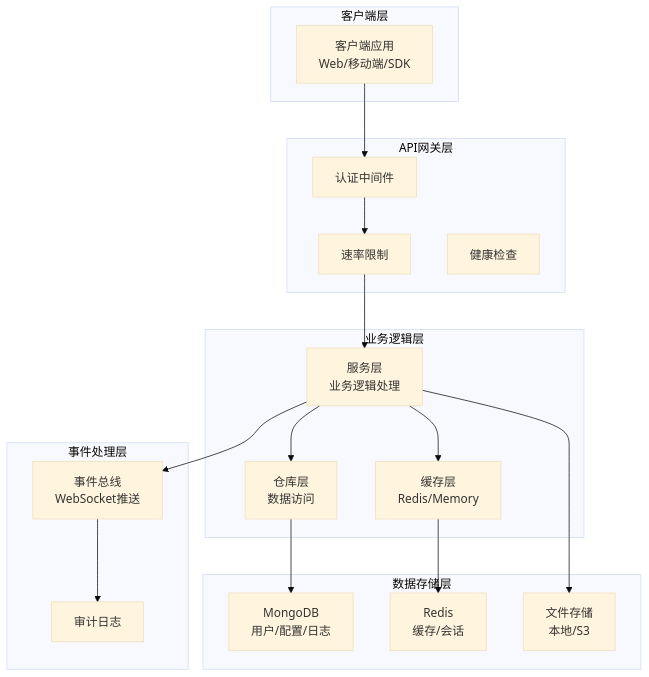
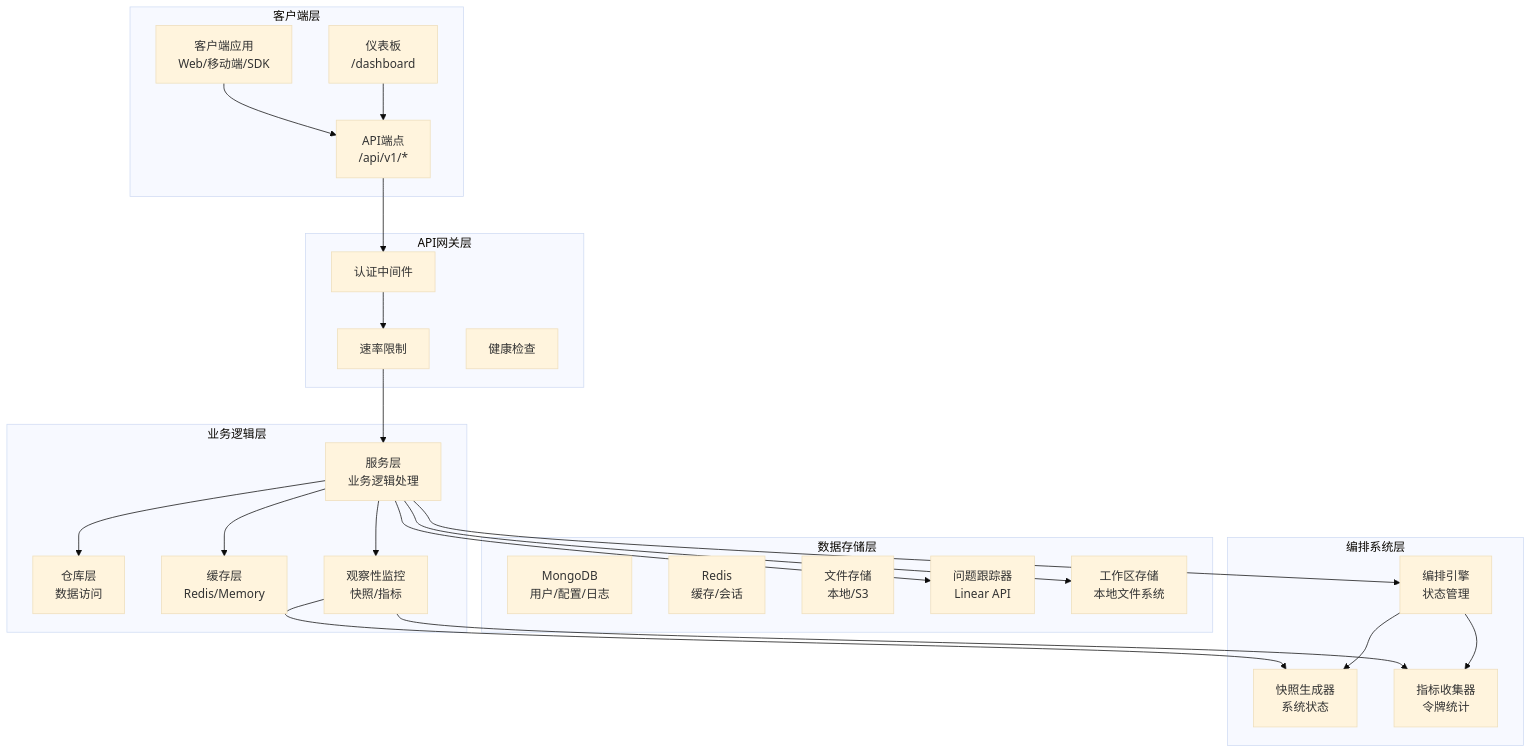
The second of 11 diagrams in .qoder/repowiki/zh/content/API参考文档/API参考文档.md (xinetzone/tao), drawn with Mermaid (base theme) before and after one commit. The commit also changed other lines of this file and 5 other files, not shown here.

````diff
--- a/.qoder/repowiki/zh/content/API参考文档/API参考文档.md
+++ b/.qoder/repowiki/zh/content/API参考文档/API参考文档.md
@@ -151,35 +190,46 @@
 ```mermaid
 graph TB
 subgraph "客户端层"
 CLIENT["客户端应用<br/>Web/移动端/SDK"]
+ENDPOINT["API端点<br/>/api/v1/*"]
+DASHBOARD["仪表板<br/>/dashboard"]
 end
 subgraph "API网关层"
 AUTH["认证中间件"]
 RATE_LIMIT["速率限制"]
 HEALTH["健康检查"]
 end
 subgraph "业务逻辑层"
 SERVICES["服务层<br/>业务逻辑处理"]
 REPOSITORIES["仓库层<br/>数据访问"]
 CACHE["缓存层<br/>Redis/Memory"]
+OBSERVABILITY["观察性监控<br/>快照/指标"]
 end
 subgraph "数据存储层"
 MONGO["MongoDB<br/>用户/配置/日志"]
 REDIS["Redis<br/>缓存/会话"]
 STORAGE["文件存储<br/>本地/S3"]
+TRACKER["问题跟踪器<br/>Linear API"]
+WORKSPACE["工作区存储<br/>本地文件系统"]
 end
-subgraph "事件处理层"
-EVENTS["事件总线<br/>WebSocket推送"]
-AUDIT["审计日志"]
+subgraph "编排系统层"
+ORCHESTRATOR["编排引擎<br/>状态管理"]
+SNAPSHOT["快照生成器<br/>系统状态"]
+METRICS["指标收集器<br/>令牌统计"]
 end
-CLIENT --> AUTH
+CLIENT --> ENDPOINT
+DASHBOARD --> ENDPOINT
+ENDPOINT --> AUTH
 AUTH --> RATE_LIMIT
 RATE_LIMIT --> SERVICES
 SERVICES --> REPOSITORIES
 SERVICES --> CACHE
-REPOSITORIES --> MONGO
-CACHE --> REDIS
-SERVICES --> STORAGE
-SERVICES --> EVENTS
-EVENTS --> AUDIT
+SERVICES --> OBSERVABILITY
+OBSERVABILITY --> SNAPSHOT
+OBSERVABILITY --> METRICS
+SERVICES --> TRACKER
+SERVICES --> WORKSPACE
+SERVICES --> ORCHESTRATOR
+ORCHESTRATOR --> SNAPSHOT
+ORCHESTRATOR --> METRICS
 ```
````
